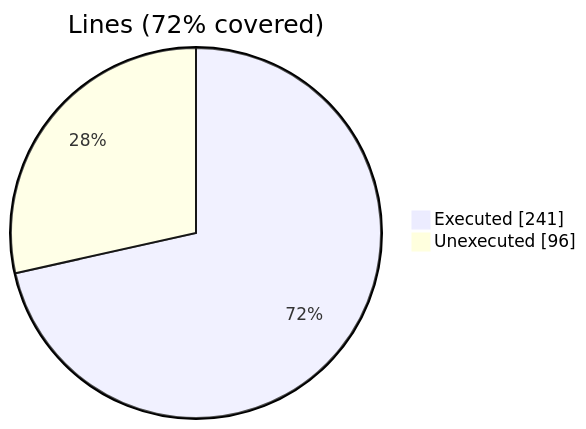
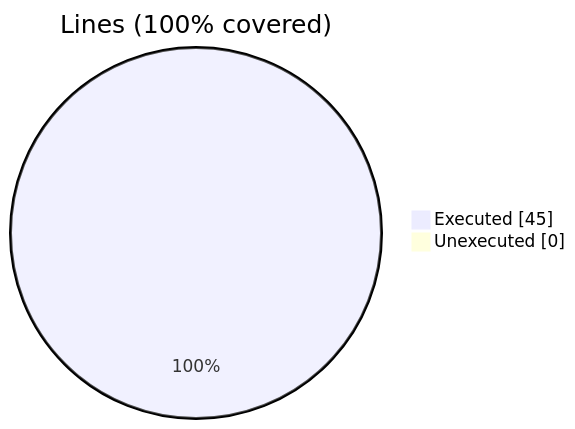
Before and after one commit to szaghi/FOSSIL: the seventh of 34 diagrams in docs/guide/coverage-analysis.md, drawn with Mermaid. The commit also changed other lines of this file and 40 other files, not shown here.

````diff
--- a/docs/guide/coverage-analysis.md
+++ b/docs/guide/coverage-analysis.md
@@ -43,6 +105,6 @@
 ```mermaid
 pie showData
-    title Lines (72% covered)
-    "Executed" : 241
-    "Unexecuted" : 96
+    title Lines (100% covered)
+    "Executed" : 45
+    "Unexecuted" : 0
 ```
````
